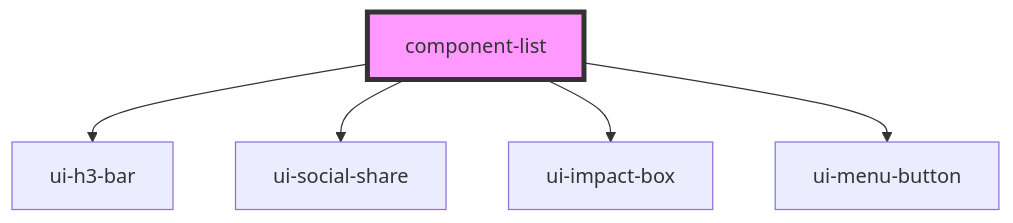
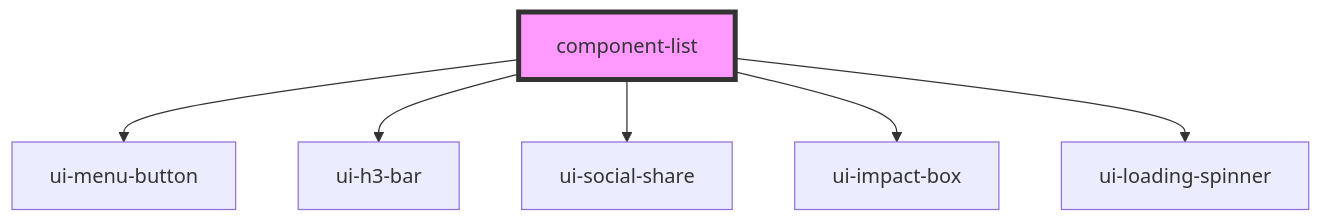
One commit to pizza-to-the-polls/power-the-polls changed the diagram in site/src/components/component-list/readme.md. Above: the diagram before and after it, drawn with Mermaid. The commit also changed other lines of this file and 28 other files, not shown here.

````diff
--- a/site/src/components/component-list/readme.md
+++ b/site/src/components/component-list/readme.md
@@ -18,8 +19,9 @@
 ```mermaid
 graph TD;
+  component-list --> ui-menu-button
   component-list --> ui-h3-bar
   component-list --> ui-social-share
   component-list --> ui-impact-box
-  component-list --> ui-menu-button
+  component-list --> ui-loading-spinner
   style component-list fill:#f9f,stroke:#333,stroke-width:4px
 ```
````
